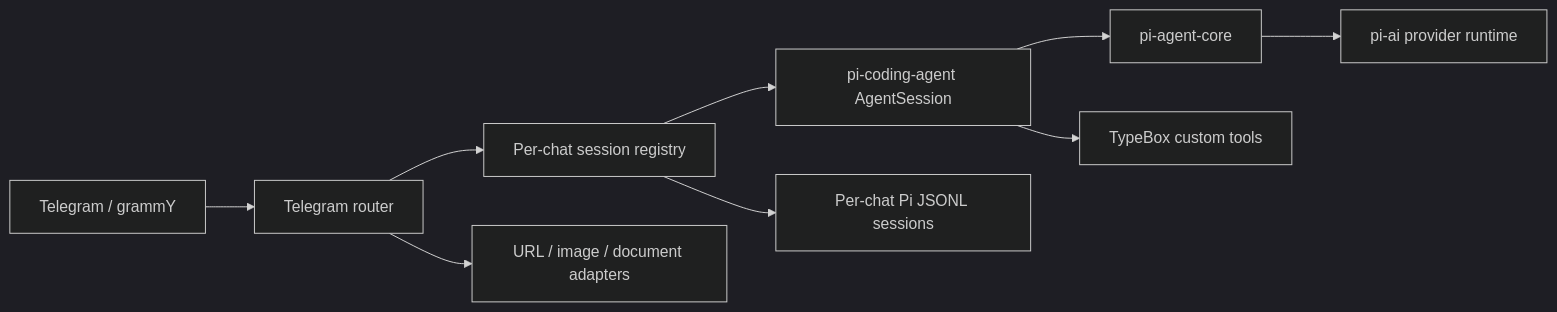
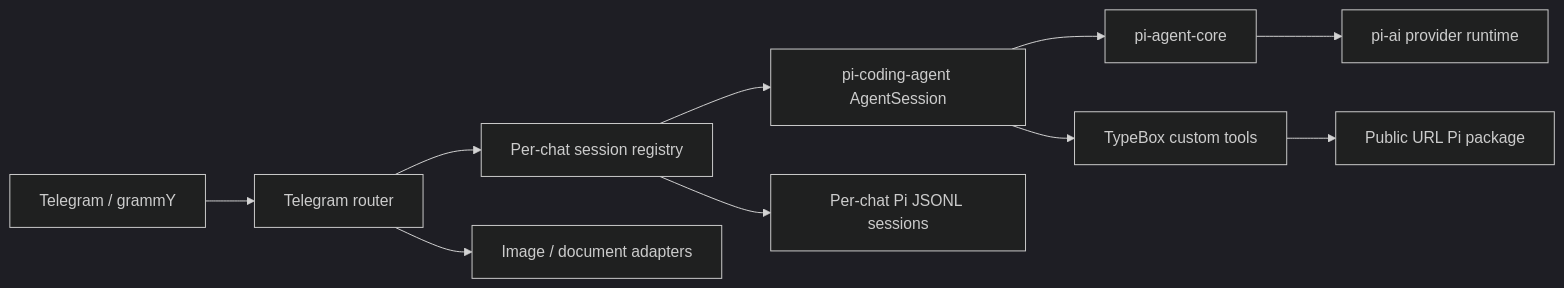
Before and after one commit to narumiruna/sumire: the diagram in apps/bot/docs/plans/2026-04-12_typescript-migration-plan.md, drawn with Mermaid (dark theme). The commit also changed other lines of this file and 30 other files, not shown here.

Commit message:
refactor(url-tool): replace proactive routing with a Pi package

````diff
--- a/apps/bot/docs/plans/2026-04-12_typescript-migration-plan.md
+++ b/apps/bot/docs/plans/2026-04-12_typescript-migration-plan.md
@@ -23,11 +23,12 @@
 ```mermaid
 flowchart LR
     TG[Telegram / grammY] --> ROUTER[Telegram router]
     ROUTER --> REGISTRY[Per-chat session registry]
     REGISTRY --> SDK[pi-coding-agent AgentSession]
     SDK --> CORE[pi-agent-core]
     CORE --> AI[pi-ai provider runtime]
     SDK --> TOOLS[TypeBox custom tools]
     REGISTRY --> STORE[Per-chat Pi JSONL sessions]
-    ROUTER --> MEDIA[URL / image / document adapters]
+    ROUTER --> MEDIA[Image / document adapters]
+    TOOLS --> URL[Public URL Pi package]
 ```
````
